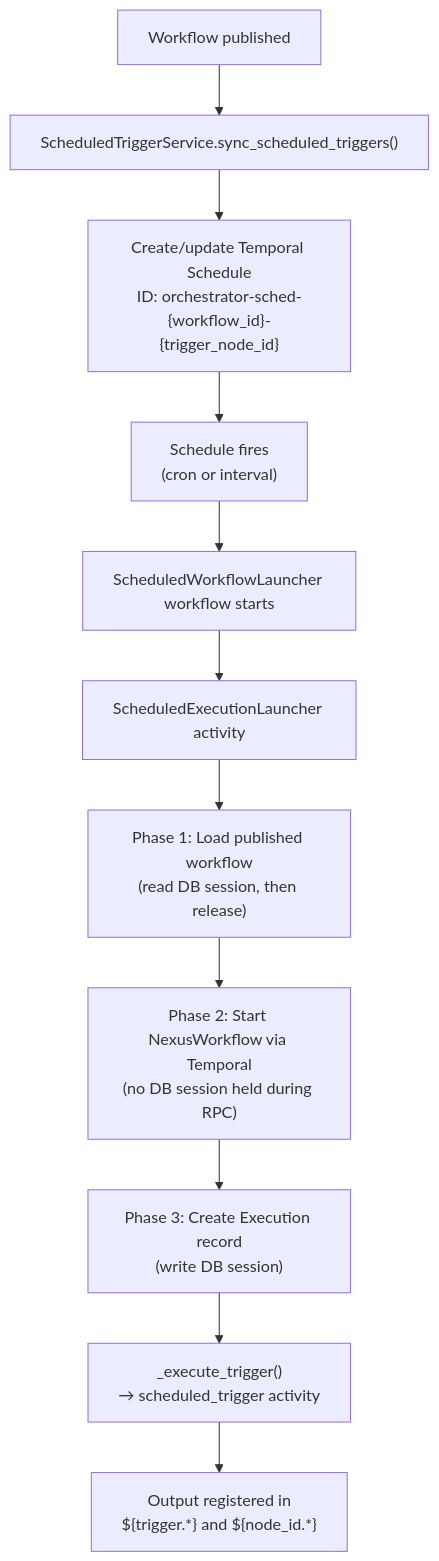
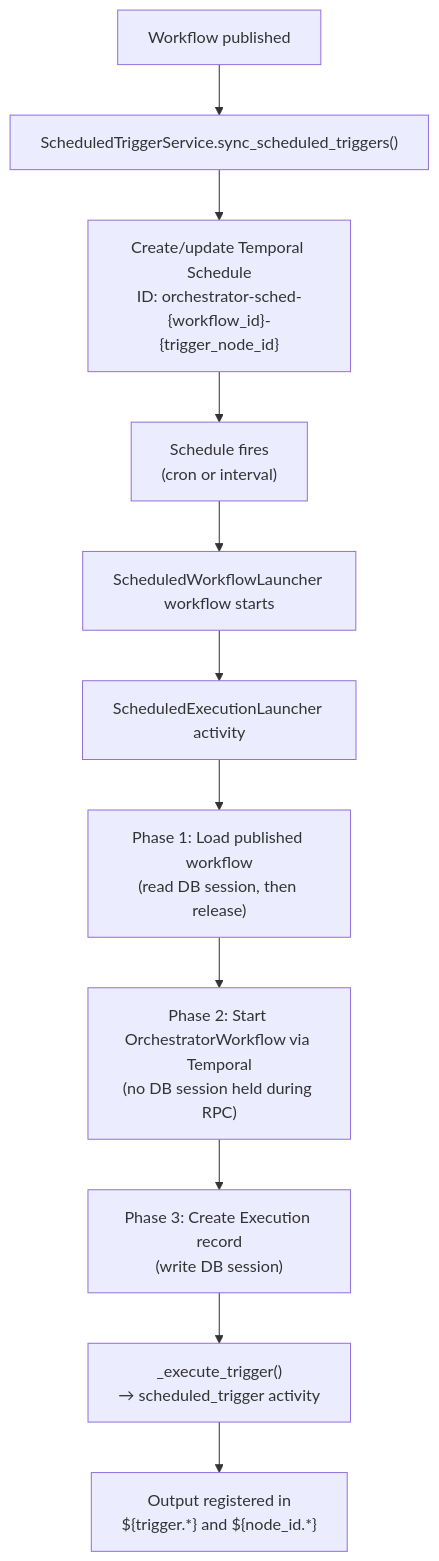
One commit to alinabuzachis/syntara changed the diagram in backend/docs/workflow-engine/triggers/scheduled-trigger.md. Above: the diagram before and after it, drawn with Mermaid. The commit also changed other lines of this file and 341 other files, not shown here.

````diff
--- a/backend/docs/workflow-engine/triggers/scheduled-trigger.md
+++ b/backend/docs/workflow-engine/triggers/scheduled-trigger.md
@@ -11,15 +11,15 @@
 ```mermaid
 flowchart TD
     PUB["Workflow published"] --> SYNC["ScheduledTriggerService.sync_scheduled_triggers()"]
     SYNC --> TS["Create/update Temporal Schedule<br/>ID: orchestrator-sched-{workflow_id}-{trigger_node_id}"]
     TS --> FIRE["Schedule fires<br/>(cron or interval)"]
     FIRE --> LAUNCH["ScheduledWorkflowLauncher workflow starts"]
     LAUNCH --> ACT["ScheduledExecutionLauncher activity"]
 
     ACT --> P1["Phase 1: Load published workflow<br/>(read DB session, then release)"]
-    P1 --> P2["Phase 2: Start NexusWorkflow via Temporal<br/>(no DB session held during RPC)"]
+    P1 --> P2["Phase 2: Start OrchestratorWorkflow via Temporal<br/>(no DB session held during RPC)"]
     P2 --> P3["Phase 3: Create Execution record<br/>(write DB session)"]
 
     P3 --> ENGINE["_execute_trigger()<br/>→ scheduled_trigger activity"]
     ENGINE --> NS["Output registered in<br/>${trigger.*} and ${node_id.*}"]
 ```
````
